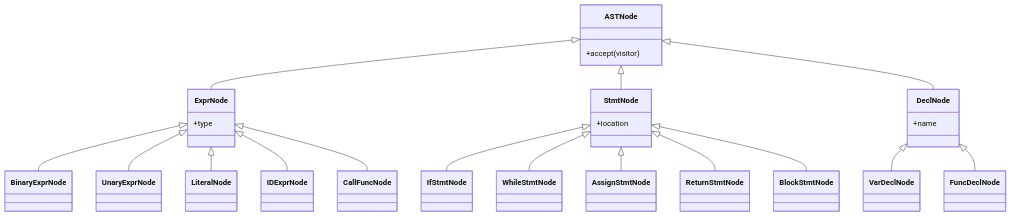
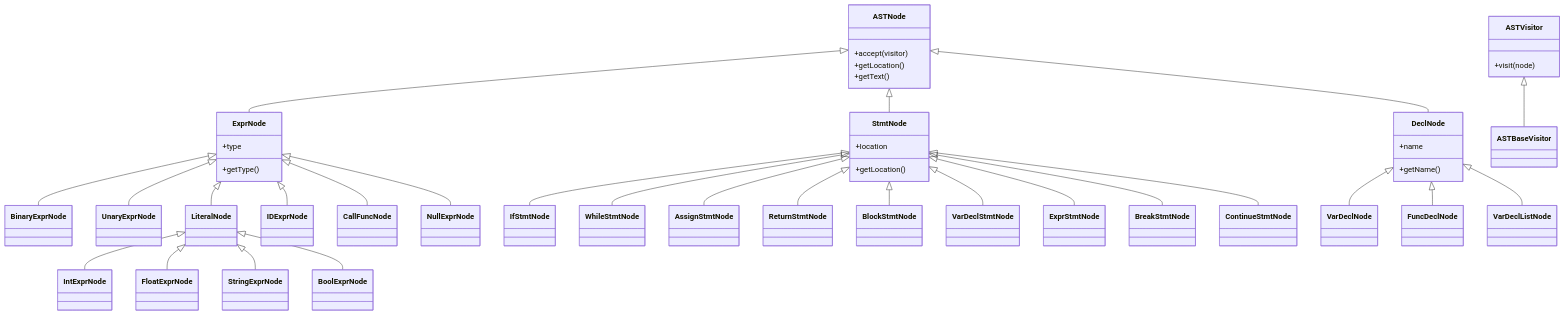
Before and after one commit to whtoo/How_to_implment_PL_in_Antlr4: the first of 8 diagrams in ep20/docs/project-architecture.md, drawn with Mermaid. The commit also changed other lines of this file and 11 other files, not shown here.

First line of the commit message:
docs(README): 更新项目文档和架构图

````diff
--- a/ep20/docs/project-architecture.md
+++ b/ep20/docs/project-architecture.md
@@ -36,37 +39,58 @@
 ```mermaid
 classDiagram
     class ASTNode {
         +accept(visitor)
+        +getLocation()
+        +getText()
     }
     
     class ExprNode {
         +type
+        +getType()
     }
     
     class StmtNode {
         +location
+        +getLocation()
     }
     
     class DeclNode {
         +name
+        +getName()
     }
     
     ASTNode <|-- ExprNode
     ASTNode <|-- StmtNode
     ASTNode <|-- DeclNode
     
     ExprNode <|-- BinaryExprNode
     ExprNode <|-- UnaryExprNode
     ExprNode <|-- LiteralNode
+    LiteralNode <|-- IntExprNode
+    LiteralNode <|-- FloatExprNode
+    LiteralNode <|-- StringExprNode
+    LiteralNode <|-- BoolExprNode
     ExprNode <|-- IDExprNode
     ExprNode <|-- CallFuncNode
+    ExprNode <|-- NullExprNode
     
     StmtNode <|-- IfStmtNode
     StmtNode <|-- WhileStmtNode
     StmtNode <|-- AssignStmtNode
     StmtNode <|-- ReturnStmtNode
     StmtNode <|-- BlockStmtNode
+    StmtNode <|-- VarDeclStmtNode
+    StmtNode <|-- ExprStmtNode
+    StmtNode <|-- BreakStmtNode
+    StmtNode <|-- ContinueStmtNode
     
     DeclNode <|-- VarDeclNode
     DeclNode <|-- FuncDeclNode
+    DeclNode <|-- VarDeclListNode
+    
+    class ASTVisitor {
+        +visit(node)
+    }
+    
+    ASTVisitor <|-- ASTBaseVisitor
 ```
````
